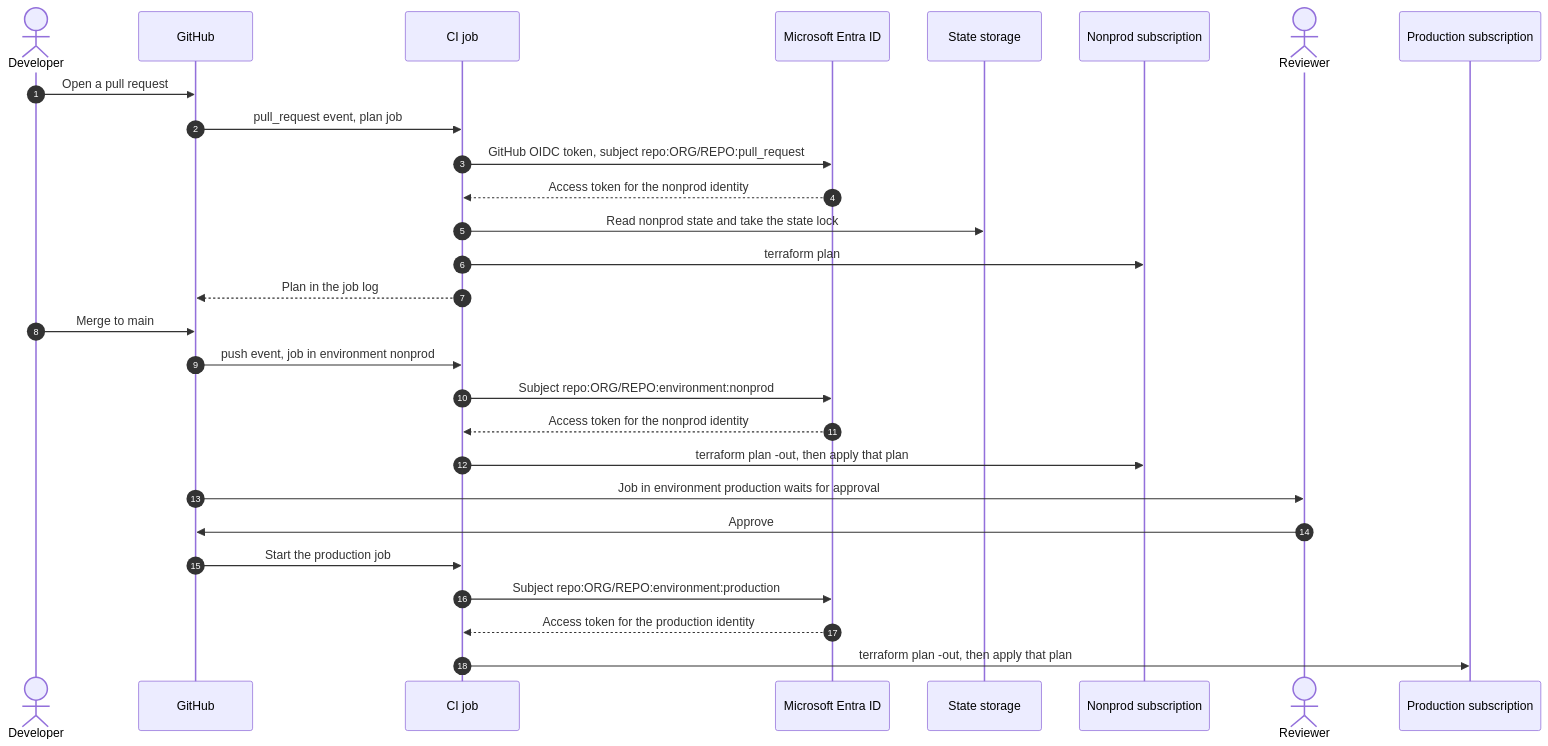
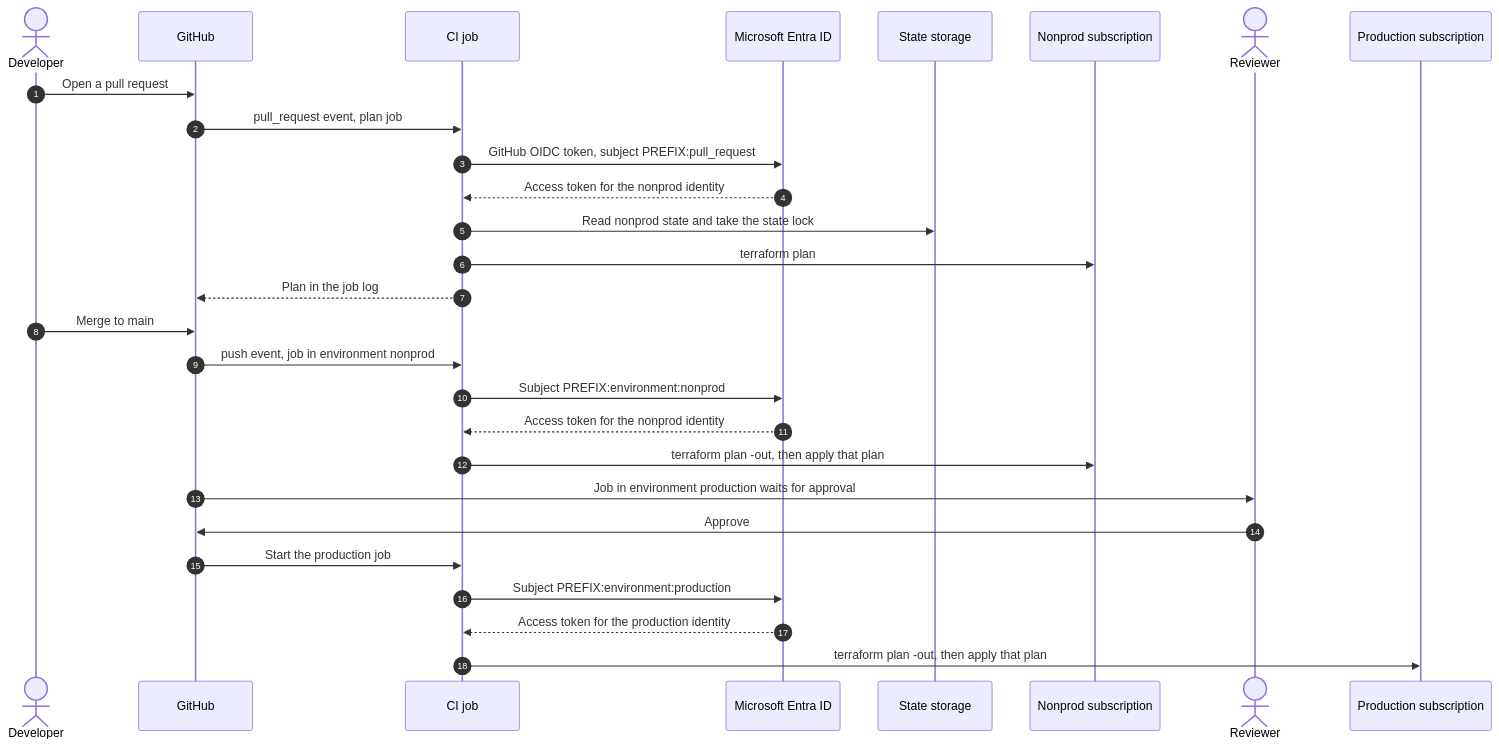
One commit to agenticcodingops/azure-wordpress changed the first of 2 diagrams in docs/deployment-guide.md. Above: the diagram before and after it, drawn with Mermaid. The commit also changed other lines of this file and 25 other files, not shown here.

````diff
--- a/docs/deployment-guide.md
+++ b/docs/deployment-guide.md
@@ -56,31 +70,31 @@
 ```mermaid
 sequenceDiagram
     autonumber
     actor Dev as Developer
     participant GH as GitHub
     participant CI as CI job
     participant Entra as Microsoft Entra ID
     participant State as State storage
     participant NP as Nonprod subscription
     actor Rev as Reviewer
     participant Prod as Production subscription
 
     Dev->>GH: Open a pull request
     GH->>CI: pull_request event, plan job
-    CI->>Entra: GitHub OIDC token, subject repo:ORG/REPO:pull_request
+    CI->>Entra: GitHub OIDC token, subject PREFIX:pull_request
     Entra-->>CI: Access token for the nonprod identity
     CI->>State: Read nonprod state and take the state lock
     CI->>NP: terraform plan
     CI-->>GH: Plan in the job log
     Dev->>GH: Merge to main
     GH->>CI: push event, job in environment nonprod
-    CI->>Entra: Subject repo:ORG/REPO:environment:nonprod
+    CI->>Entra: Subject PREFIX:environment:nonprod
     Entra-->>CI: Access token for the nonprod identity
     CI->>NP: terraform plan -out, then apply that plan
     GH->>Rev: Job in environment production waits for approval
     Rev->>GH: Approve
     GH->>CI: Start the production job
-    CI->>Entra: Subject repo:ORG/REPO:environment:production
+    CI->>Entra: Subject PREFIX:environment:production
     Entra-->>CI: Access token for the production identity
     CI->>Prod: terraform plan -out, then apply that plan
 ```
````
